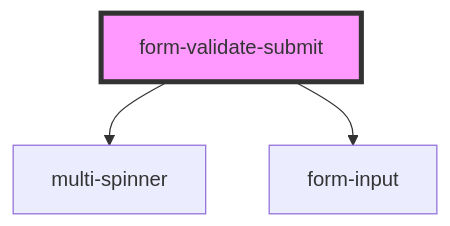
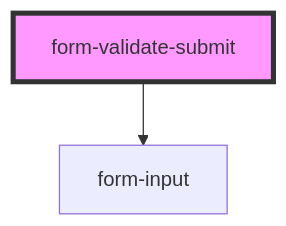
The diagram in pdm-web-components/src/components/form-validate-submit/readme.md (PharmaLedger-IMI/fgt-workspace), drawn with Mermaid before and after one commit. The commit also changed other lines of this file and 11 other files, not shown here.

````diff
--- a/pdm-web-components/src/components/form-validate-submit/readme.md
+++ b/pdm-web-components/src/components/form-validate-submit/readme.md
@@ -36,6 +35,5 @@
 ```mermaid
 graph TD;
-  form-validate-submit --> multi-spinner
   form-validate-submit --> form-input
   style form-validate-submit fill:#f9f,stroke:#333,stroke-width:4px
 ```
````
